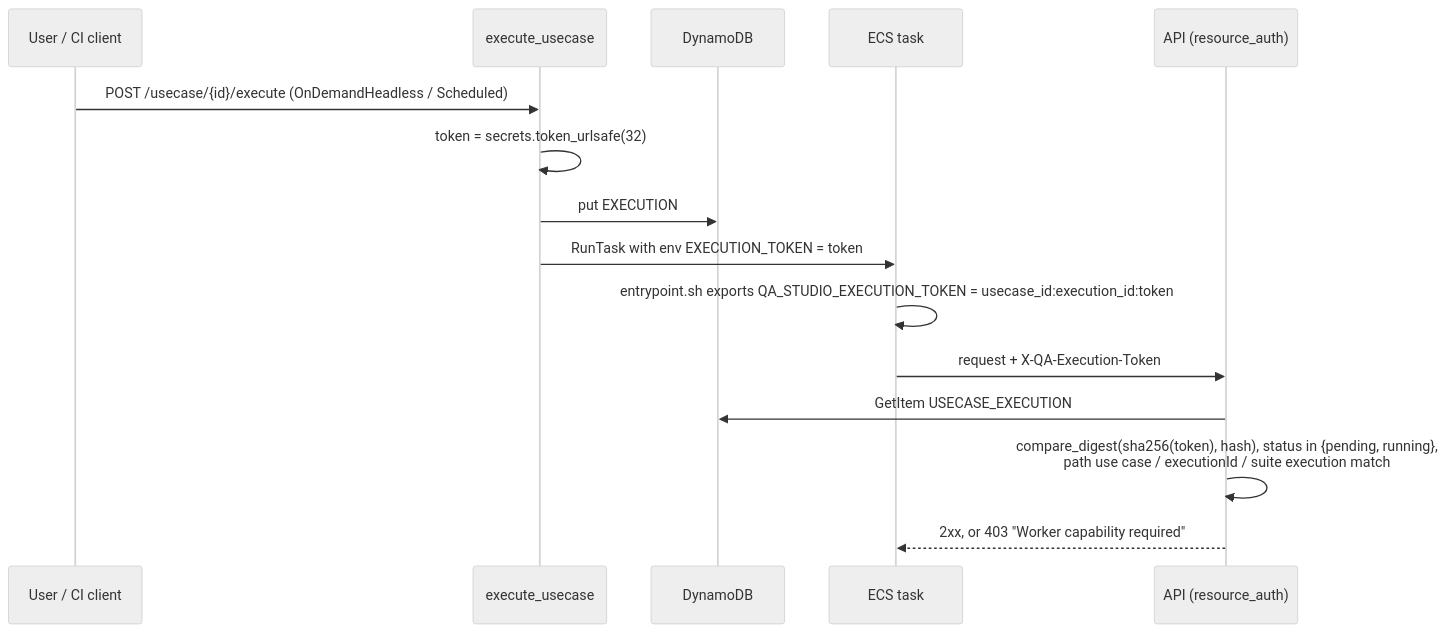
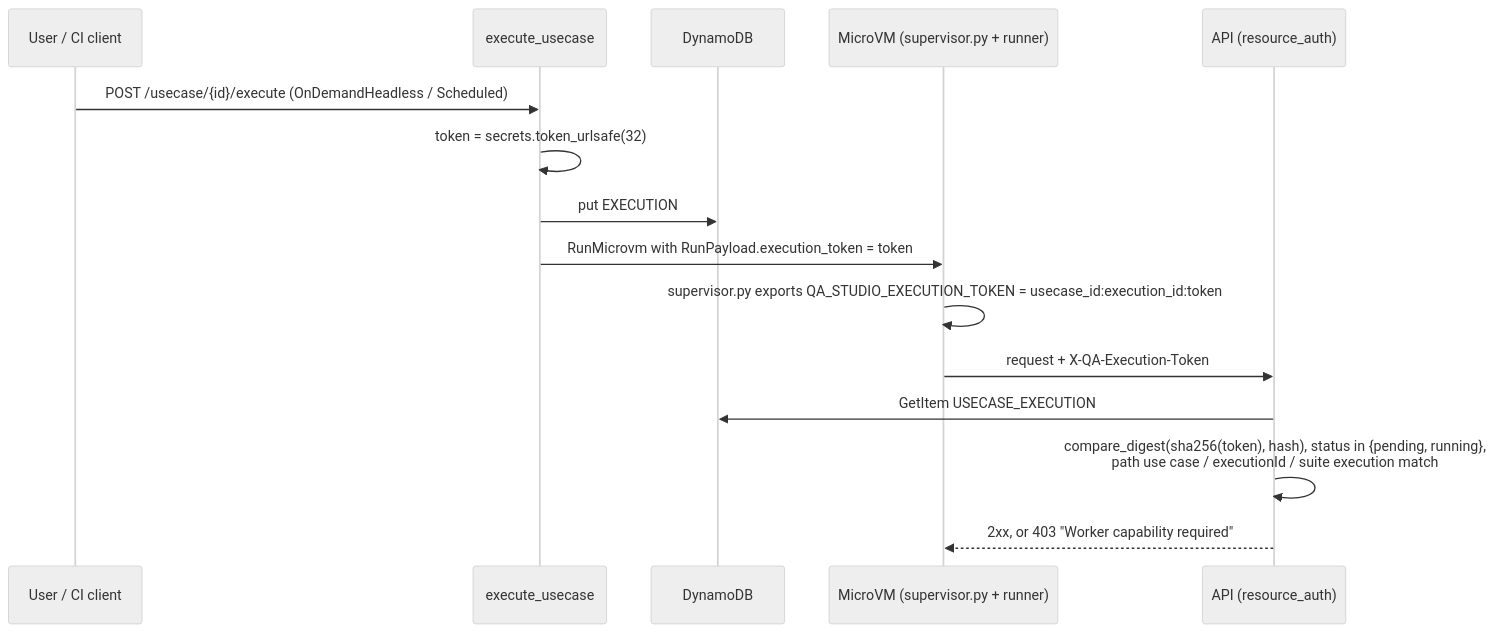
Before and after one commit to aws-samples/sample-qa-studio: the ninth of 9 diagrams in docs/architecture.md, drawn with Mermaid (neutral theme). The commit also changed other lines of this file and 730 other files, not shown here.

Commit message:
Lambda MicroVM worker, per-use-case cost allocation, VPC-attached browsers (v1.4)

````diff
--- a/docs/architecture.md
+++ b/docs/architecture.md
@@ -487,18 +813,18 @@
 ```mermaid
 sequenceDiagram
     participant Caller as User / CI client
     participant Exec as execute_usecase
     participant DDB as DynamoDB
-    participant ECS as ECS task
+    participant Worker as MicroVM (supervisor.py + runner)
     participant API as API (resource_auth)
 
     Caller->>Exec: POST /usecase/{id}/execute (OnDemandHeadless / Scheduled)
     Exec->>Exec: token = secrets.token_urlsafe(32)
     Exec->>DDB: put EXECUTION#{executionId} with worker_token_hash = sha256(token), status pending
-    Exec->>ECS: RunTask with env EXECUTION_TOKEN = token
-    ECS->>ECS: entrypoint.sh exports QA_STUDIO_EXECUTION_TOKEN = usecase_id:execution_id:token
-    ECS->>API: request + X-QA-Execution-Token
+    Exec->>Worker: RunMicrovm with RunPayload.execution_token = token
+    Worker->>Worker: supervisor.py exports QA_STUDIO_EXECUTION_TOKEN = usecase_id:execution_id:token
+    Worker->>API: request + X-QA-Execution-Token
     API->>DDB: GetItem USECASE_EXECUTION#{usecase_id}/EXECUTION#{execution_id}
     API->>API: compare_digest(sha256(token), hash), status in {pending, running},<br/>path use case / executionId / suite execution match
-    API-->>ECS: 2xx, or 403 "Worker capability required"
+    API-->>Worker: 2xx, or 403 "Worker capability required"
 ```
````
